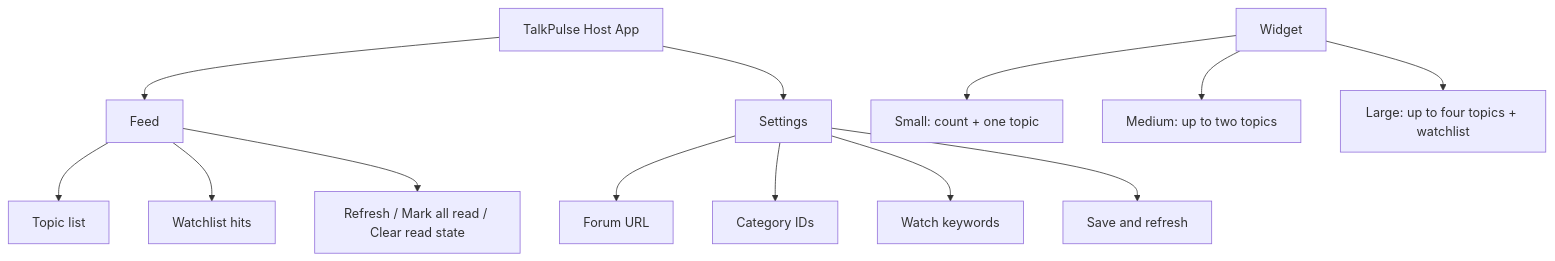
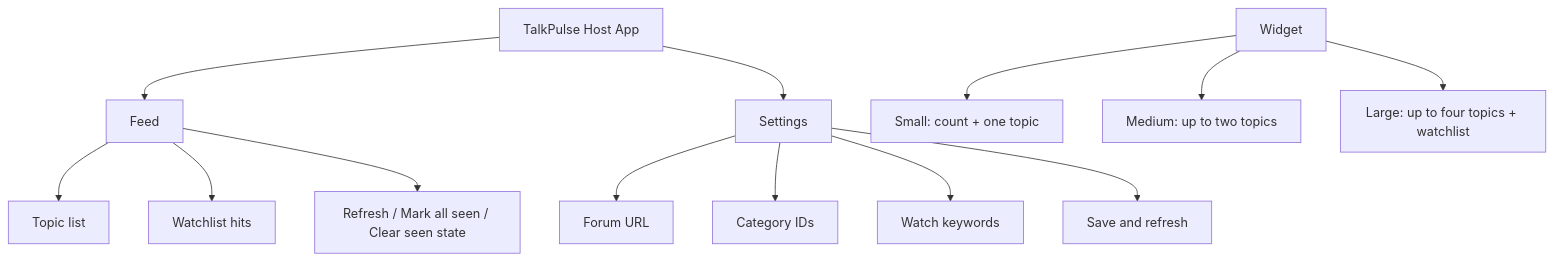
The first of 7 diagrams in docs/UIUX_FLOW_ANALYSIS.md (a19q3/TalkPulse), drawn with Mermaid before and after one commit. The commit also changed other lines of this file and 4 other files, not shown here.

Commit message:
Implement UI UX flow improvements

````diff
--- a/docs/UIUX_FLOW_ANALYSIS.md
+++ b/docs/UIUX_FLOW_ANALYSIS.md
@@ -27,15 +27,15 @@
 ```mermaid
 flowchart TD
     A["TalkPulse Host App"] --> B["Feed"]
     A --> C["Settings"]
     B --> D["Topic list"]
     B --> E["Watchlist hits"]
-    B --> F["Refresh / Mark all read / Clear read state"]
+    B --> F["Refresh / Mark all seen / Clear seen state"]
     C --> G["Forum URL"]
     C --> H["Category IDs"]
     C --> I["Watch keywords"]
     C --> J["Save and refresh"]
     K["Widget"] --> L["Small: count + one topic"]
     K --> M["Medium: up to two topics"]
     K --> N["Large: up to four topics + watchlist"]
 ```
````
